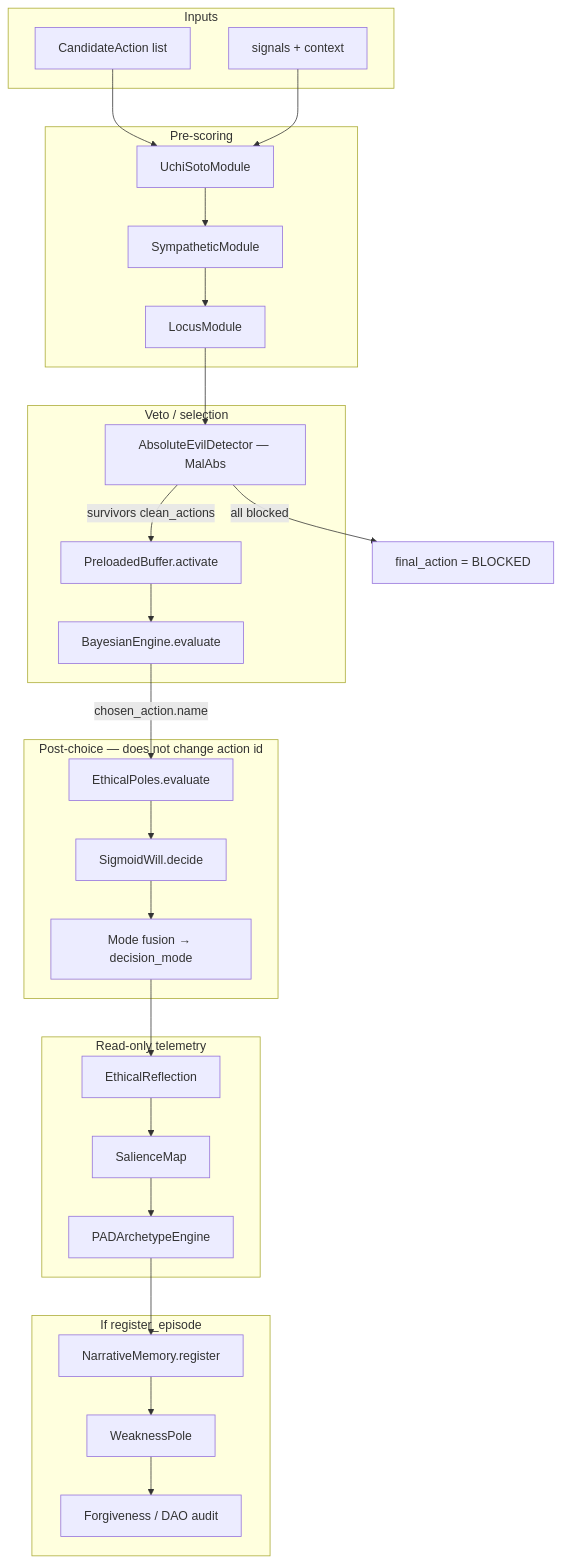
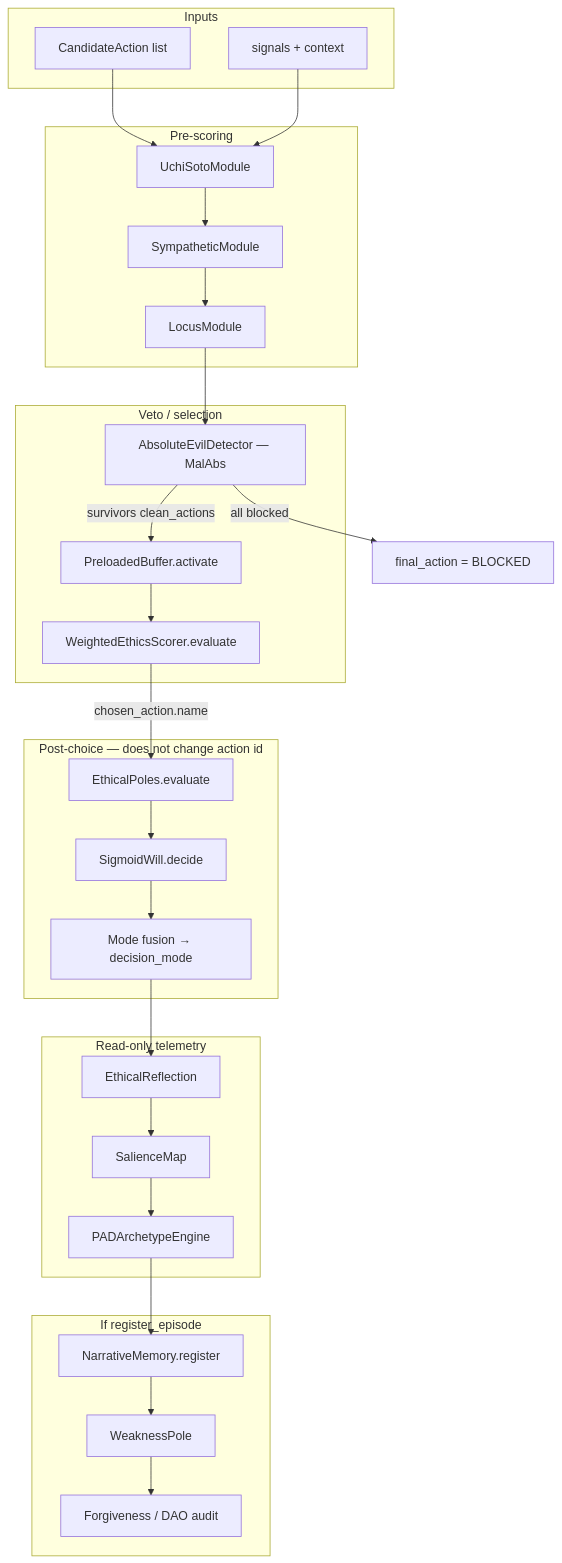
The diagram in docs/proposals/CORE_DECISION_CHAIN.md (CuevazaArt/ethical-android-mvp), drawn with Mermaid before and after one commit. The commit also changed other lines of this file and 34 other files, not shown here.

````diff
--- a/docs/proposals/CORE_DECISION_CHAIN.md
+++ b/docs/proposals/CORE_DECISION_CHAIN.md
@@ -13,40 +13,40 @@
 ```mermaid
 flowchart TD
   subgraph inputs [Inputs]
     A[CandidateAction list]
     S[signals + context]
   end
   subgraph pre [Pre-scoring]
     U[UchiSotoModule]
     Y[SympatheticModule]
     L[LocusModule]
   end
   subgraph veto [Veto / selection]
     M[AbsoluteEvilDetector — MalAbs]
     B[PreloadedBuffer.activate]
-    E[BayesianEngine.evaluate]
+    E[WeightedEthicsScorer.evaluate]
   end
   subgraph post [Post-choice — does not change action id]
     P[EthicalPoles.evaluate]
     W[SigmoidWill.decide]
     X["Mode fusion → decision_mode"]
   end
   subgraph ro [Read-only telemetry]
     R[EthicalReflection]
     N[SalienceMap]
     PAD[PADArchetypeEngine]
   end
   subgraph ep [If register_episode]
     MEM[NarrativeMemory.register]
     WK[WeaknessPole]
     FG[Forgiveness / DAO audit]
   end
   A --> U
   S --> U
   U --> Y --> L --> M
   M -->|all blocked| Z[final_action = BLOCKED]
   M -->|survivors clean_actions| B --> E
   E -->|chosen_action.name| P --> W --> X
   X --> R --> N --> PAD
   PAD --> MEM --> WK --> FG
 ```
````
